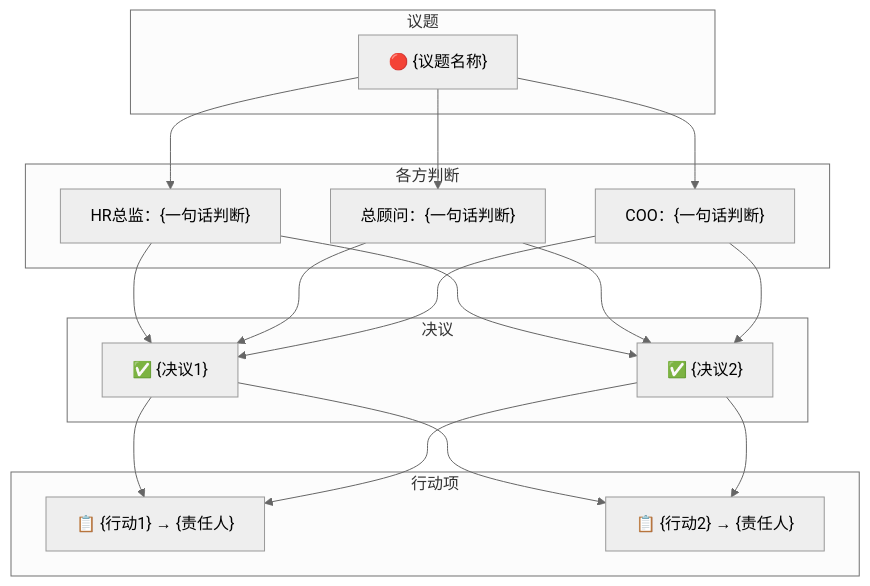
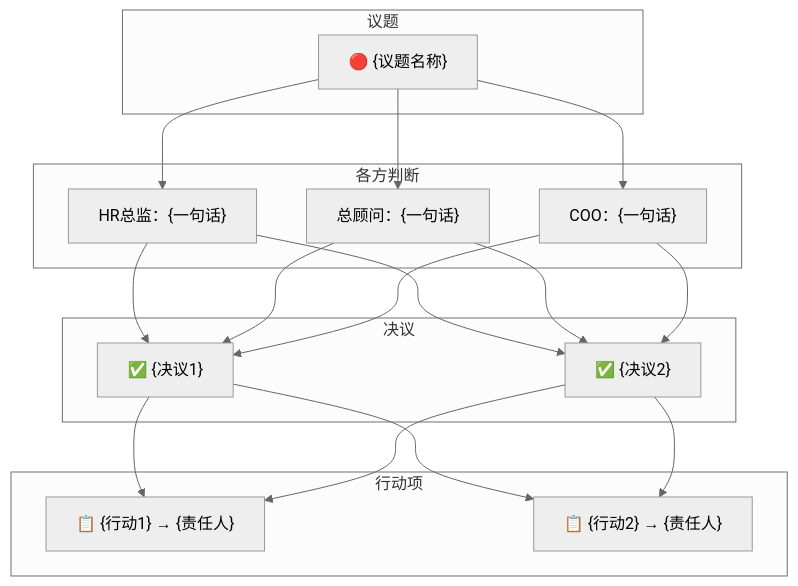
The diagram in roundtable.md (huxiang1126/amass-roundtable), drawn with Mermaid (neutral theme) before and after one commit. The commit also changed other lines of this file and 5 other files, not shown here.

````diff
--- a/roundtable.md
+++ b/roundtable.md
@@ -494,22 +416,22 @@
 ```mermaid
 graph TB
     subgraph 议题
         Q["🔴 {议题名称}"]
     end
     subgraph 各方判断
-        HR["HR总监：{一句话判断}"]
-        顾问["总顾问：{一句话判断}"]
-        COO["COO：{一句话判断}"]
+        HR["HR总监：{一句话}"]
+        顾问["总顾问：{一句话}"]
+        COO["COO：{一句话}"]
     end
     subgraph 决议
         D1["✅ {决议1}"]
         D2["✅ {决议2}"]
     end
     subgraph 行动项
         A1["📋 {行动1} → {责任人}"]
         A2["📋 {行动2} → {责任人}"]
     end
     Q --> HR & 顾问 & COO
     HR & 顾问 & COO --> D1 & D2
     D1 & D2 --> A1 & A2
 ```
````
